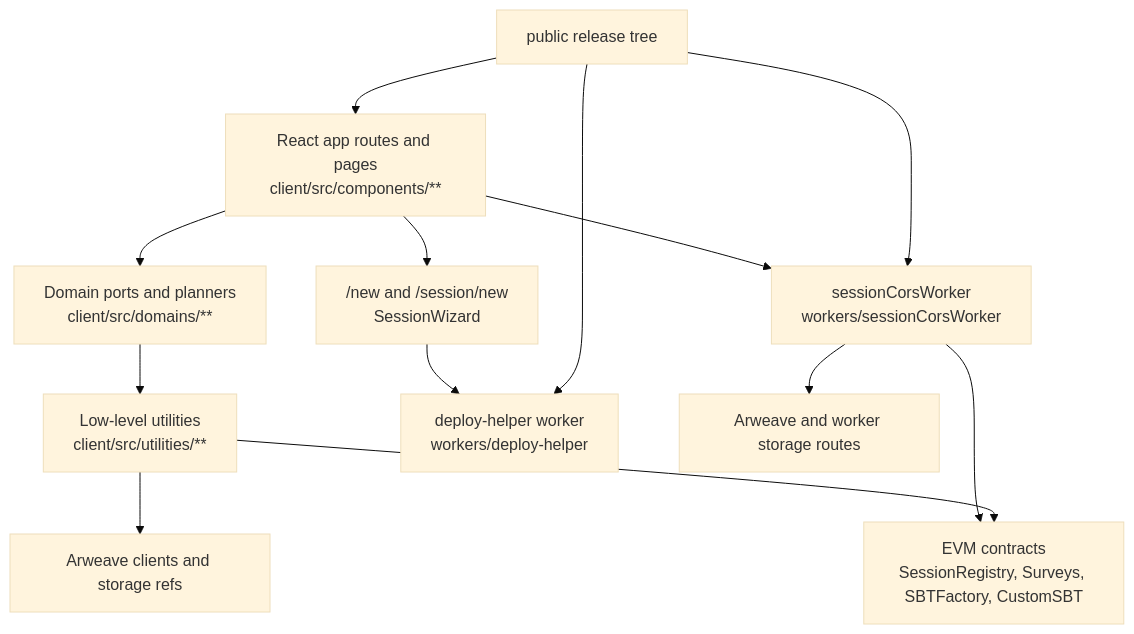
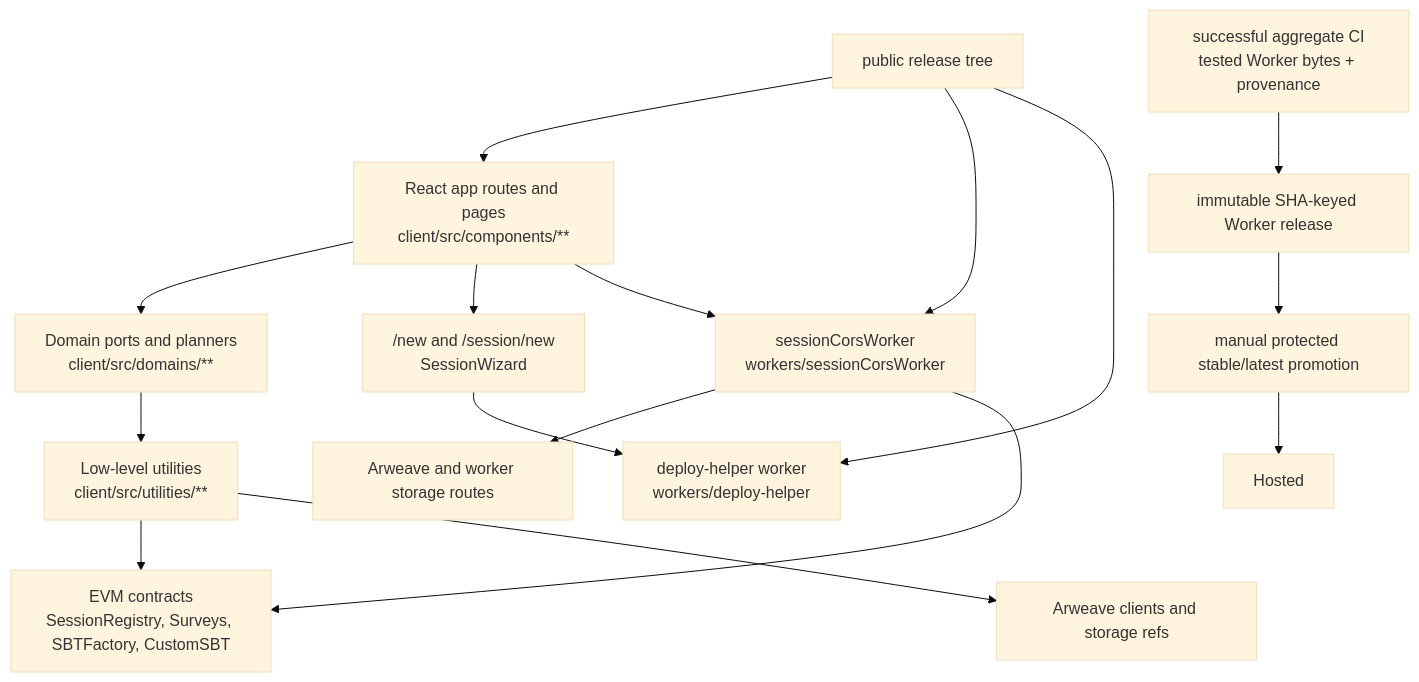
Before and after one commit to AgalmicSoftware/context-engine: the diagram in docs/architecture-overview.md, drawn with Mermaid (base theme). The commit also changed 1 other file, not shown here.

Commit message:
docs: explain immutable worker promotion
CE-Private-Source: a2d4e2b649d46115f62909ffaa67e7f1725edf55

````diff
--- a/docs/architecture-overview.md
+++ b/docs/architecture-overview.md
@@ -24,15 +24,18 @@
 ```mermaid
 flowchart TD
   Browser["React app routes and pages<br/>client/src/components/**"] --> Domains["Domain ports and planners<br/>client/src/domains/**"]
   Domains --> Utilities["Low-level utilities<br/>client/src/utilities/**"]
   Browser --> Wizard["/new and /session/new<br/>SessionWizard"]
   Wizard --> DeployHelper["deploy-helper worker<br/>workers/deploy-helper"]
   Browser --> SessionWorker["sessionCorsWorker<br/>workers/sessionCorsWorker"]
   SessionWorker --> Storage["Arweave and worker storage routes"]
   SessionWorker --> Contracts["EVM contracts<br/>SessionRegistry, Surveys, SBTFactory, CustomSBT"]
   Utilities --> Contracts
   Utilities --> Arweave["Arweave clients and storage refs"]
   PublicRelease["public release tree"] --> Browser
   PublicRelease --> SessionWorker
   PublicRelease --> DeployHelper
+  AggregateCI["successful aggregate CI<br/>tested Worker bytes + provenance"] --> ImmutableWorkerRelease["immutable SHA-keyed Worker release"]
+  ImmutableWorkerRelease --> ProtectedPromotion["manual protected stable/latest promotion"]
+  ProtectedPromotion --> Hosted
 ```
````
